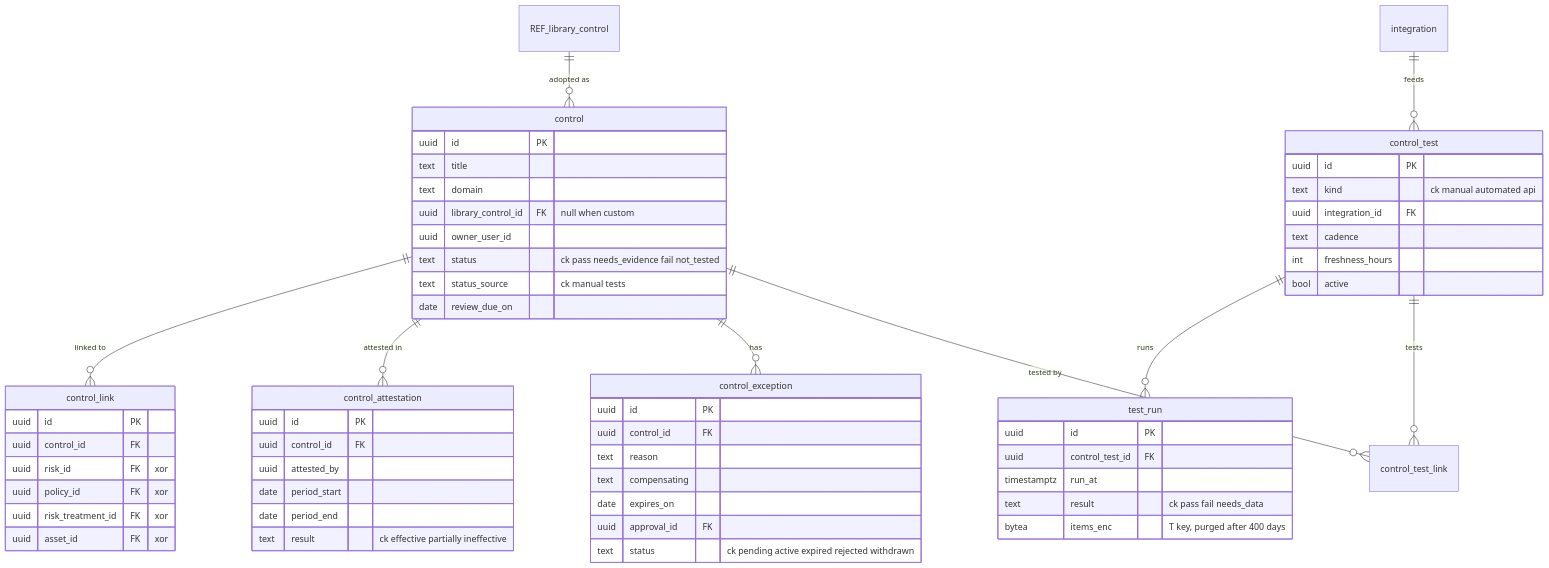
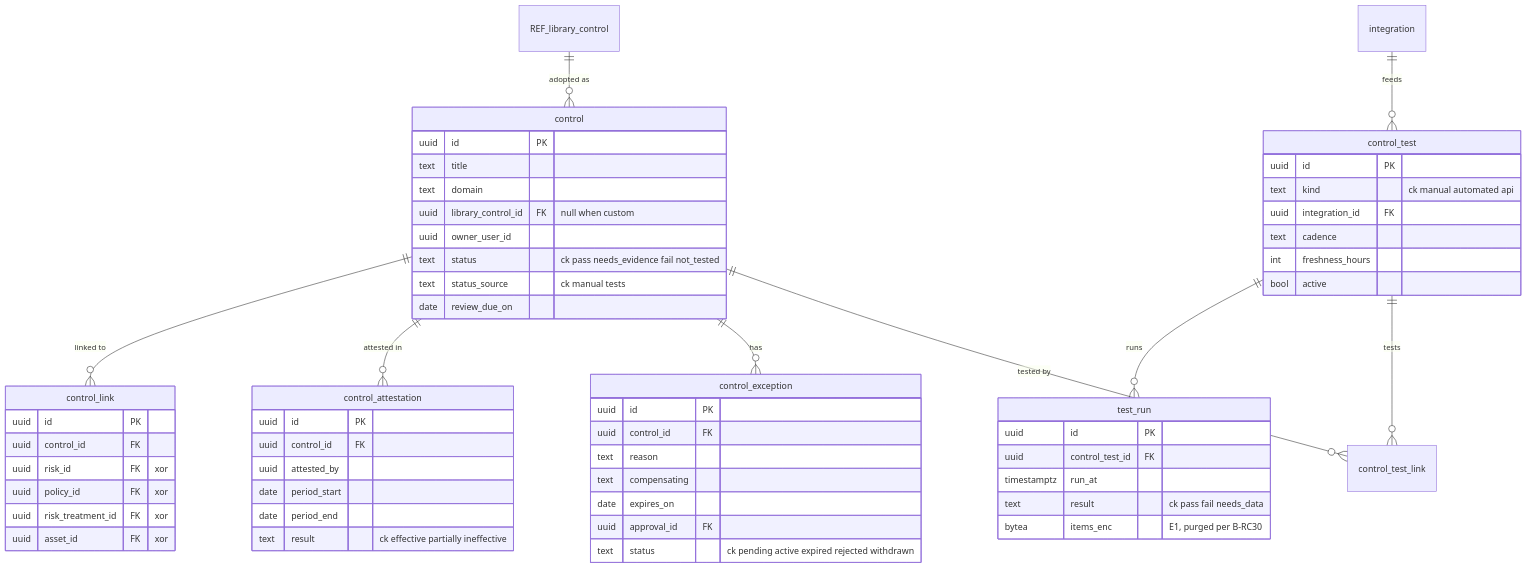
The third of 27 diagrams in docs/architecture/backend-v2/phase2/2B-data-model.md (ShahidCS/Selvara), drawn with Mermaid before and after one commit. The commit also changed other lines of this file and 8 other files, not shown here.

First line of the commit message:
docs(backend-v2): phase 3 revisions in progress (architecture, data model, registers)

````diff
--- a/docs/architecture/backend-v2/phase2/2B-data-model.md
+++ b/docs/architecture/backend-v2/phase2/2B-data-model.md
@@ -367,61 +371,61 @@
 ```mermaid
 erDiagram
   control ||--o{ control_test_link : "tested by"
   control_test ||--o{ control_test_link : tests
   control_test ||--o{ test_run : runs
   control ||--o{ control_exception : has
   control ||--o{ control_attestation : "attested in"
   REF_library_control ||--o{ control : "adopted as"
   control ||--o{ control_link : "linked to"
   integration ||--o{ control_test : feeds
   control {
     uuid id PK
     text title
     text domain
     uuid library_control_id FK "null when custom"
     uuid owner_user_id
     text status "ck pass needs_evidence fail not_tested"
     text status_source "ck manual tests"
     date review_due_on
   }
   control_test {
     uuid id PK
     text kind "ck manual automated api"
     uuid integration_id FK
     text cadence
     int freshness_hours
     bool active
   }
   test_run {
     uuid id PK
     uuid control_test_id FK
     timestamptz run_at
     text result "ck pass fail needs_data"
-    bytea items_enc "T key, purged after 400 days"
+    bytea items_enc "E1, purged per B-RC30"
   }
   control_exception {
     uuid id PK
     uuid control_id FK
     text reason
     text compensating
     date expires_on
     uuid approval_id FK
     text status "ck pending active expired rejected withdrawn"
   }
   control_attestation {
     uuid id PK
     uuid control_id FK
     uuid attested_by
     date period_start
     date period_end
     text result "ck effective partially ineffective"
   }
   control_link {
     uuid id PK
     uuid control_id FK
     uuid risk_id FK "xor"
     uuid policy_id FK "xor"
     uuid risk_treatment_id FK "xor"
     uuid asset_id FK "xor"
   }
 ```
````
